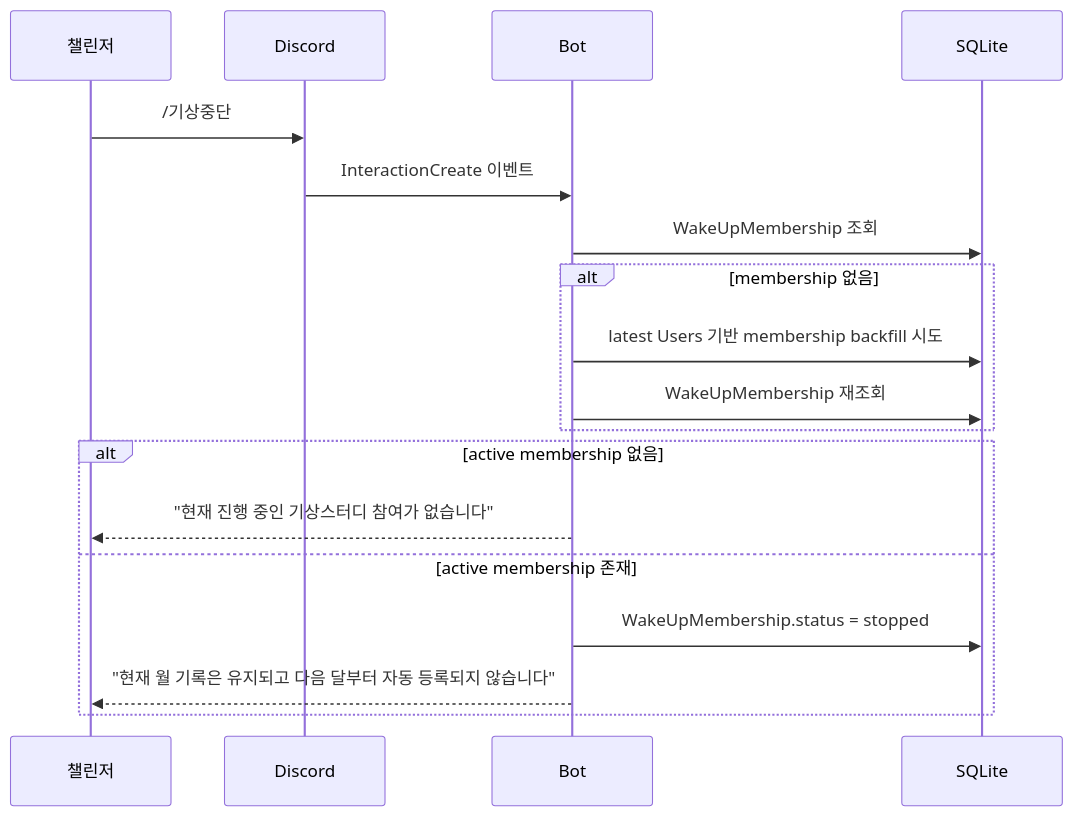
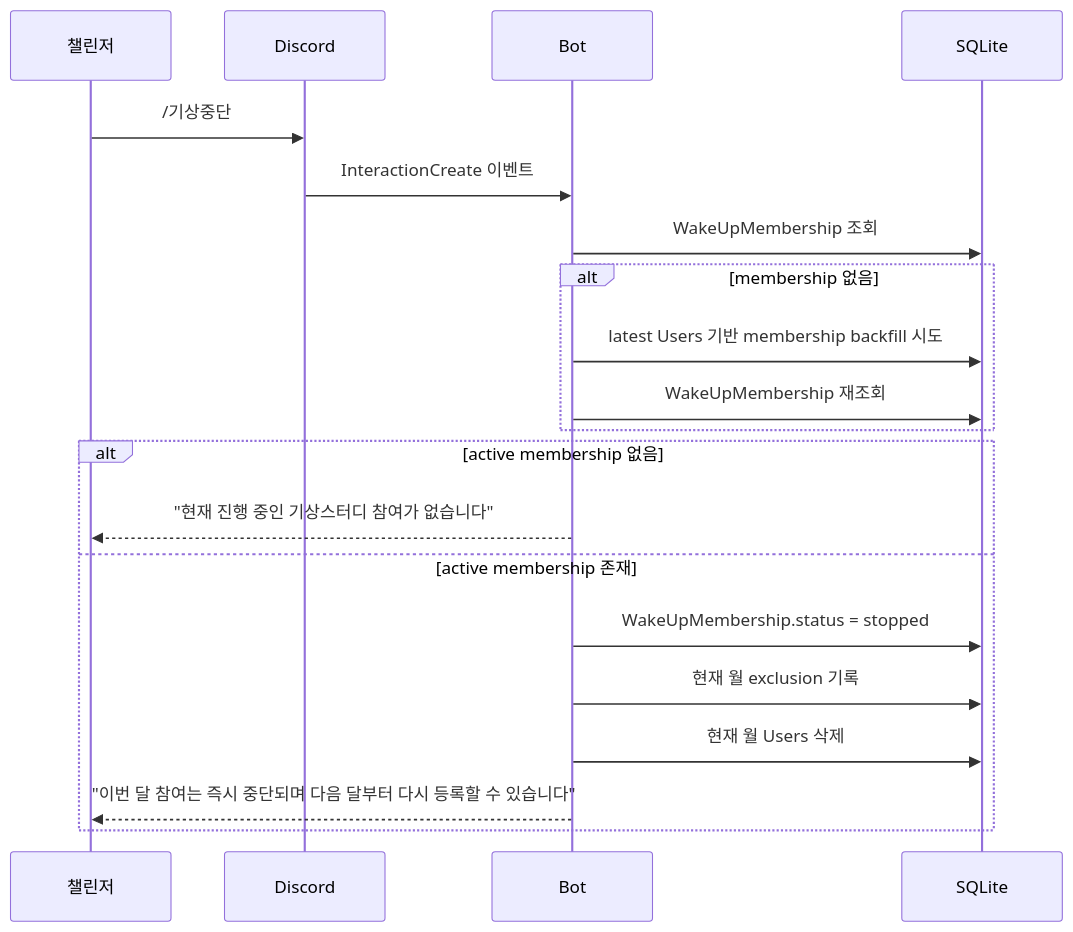
The seventh of 20 diagrams in docs/USER_STORIES.md (honki12345/haruharu-discord-bot), drawn with Mermaid before and after one commit. The commit also changed other lines of this file and 6 other files, not shown here.

````diff
--- a/docs/USER_STORIES.md
+++ b/docs/USER_STORIES.md
@@ -267,22 +268,24 @@
 ```mermaid
 sequenceDiagram
     participant U as 챌린저
     participant D as Discord
     participant B as Bot
     participant DB as SQLite
 
     U->>D: /기상중단
     D->>B: InteractionCreate 이벤트
     B->>DB: WakeUpMembership 조회
     alt membership 없음
         B->>DB: latest Users 기반 membership backfill 시도
         B->>DB: WakeUpMembership 재조회
     end
 
     alt active membership 없음
         B-->>U: "현재 진행 중인 기상스터디 참여가 없습니다"
     else active membership 존재
         B->>DB: WakeUpMembership.status = stopped
-        B-->>U: "현재 월 기록은 유지되고 다음 달부터 자동 등록되지 않습니다"
+        B->>DB: 현재 월 exclusion 기록
+        B->>DB: 현재 월 Users 삭제
+        B-->>U: "이번 달 참여는 즉시 중단되며 다음 달부터 다시 등록할 수 있습니다"
     end
 ```
````
